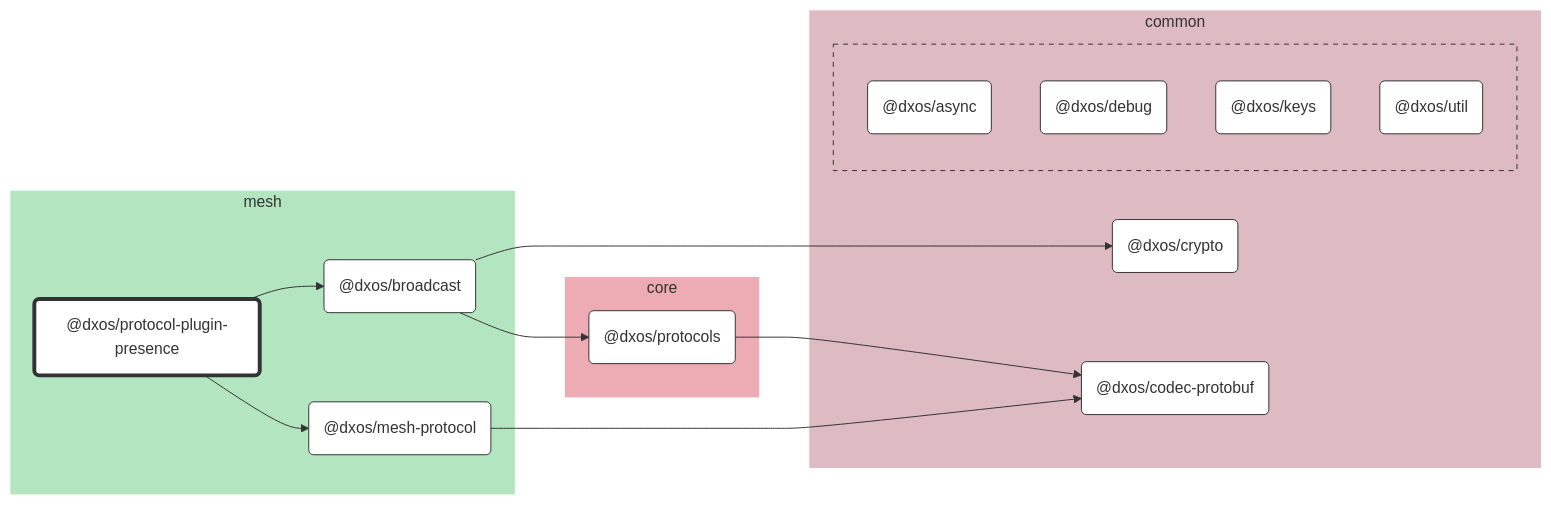
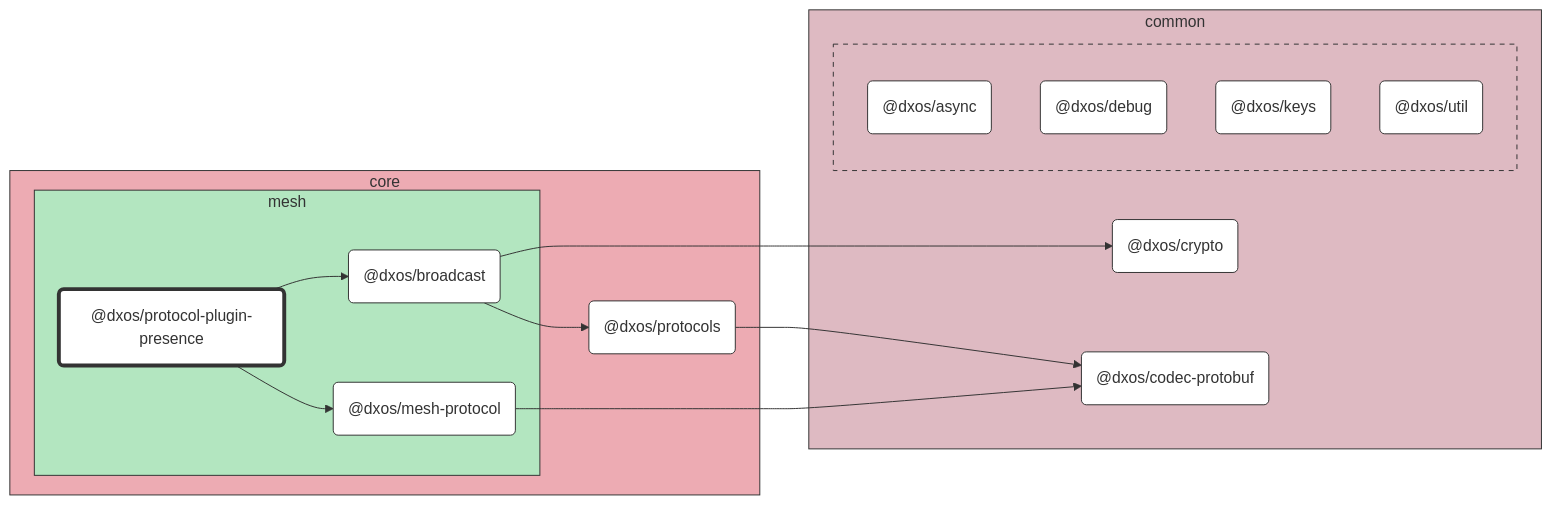
The diagram in packages/core/mesh/protocol-plugin-presence/docs/README.md (dxos/dxos), drawn with Mermaid before and after one commit. The commit also changed 89 other files, not shown here.

````diff
--- a/packages/core/mesh/protocol-plugin-presence/docs/README.md
+++ b/packages/core/mesh/protocol-plugin-presence/docs/README.md
@@ -7,56 +7,56 @@
 ```mermaid
 %%{ init: {'flowchart':{'curve':'basis'}} }%%
 
 flowchart LR
 
 %% Classes
 classDef def fill:#fff,stroke:#333,stroke-width:1px
 classDef root fill:#fff,stroke:#333,stroke-width:4px
 
 %% Nodes
 
-subgraph mesh [mesh]
-  style mesh fill:#b3e6c0,stroke:#fff
-  dxos/protocol-plugin-presence("@dxos/protocol-plugin-presence"):::root
-  click dxos/protocol-plugin-presence "dxos/dxos/tree/main/packages/core/mesh/protocol-plugin-presence/docs"
-  dxos/broadcast("@dxos/broadcast"):::def
-  click dxos/broadcast "dxos/dxos/tree/main/packages/core/mesh/broadcast/docs"
-  dxos/mesh-protocol("@dxos/mesh-protocol"):::def
-  click dxos/mesh-protocol "dxos/dxos/tree/main/packages/core/mesh/mesh-protocol/docs"
+subgraph core [core]
+  style core fill:#edabb3,stroke:#333
+  dxos/protocols("@dxos/protocols"):::def
+  click dxos/protocols "dxos/dxos/tree/main/packages/core/protocols/docs"
+
+  subgraph mesh [mesh]
+    style mesh fill:#b3e6c0,stroke:#333
+    dxos/protocol-plugin-presence("@dxos/protocol-plugin-presence"):::root
+    click dxos/protocol-plugin-presence "dxos/dxos/tree/main/packages/core/mesh/protocol-plugin-presence/docs"
+    dxos/broadcast("@dxos/broadcast"):::def
+    click dxos/broadcast "dxos/dxos/tree/main/packages/core/mesh/broadcast/docs"
+    dxos/mesh-protocol("@dxos/mesh-protocol"):::def
+    click dxos/mesh-protocol "dxos/dxos/tree/main/packages/core/mesh/mesh-protocol/docs"
+  end
 end
 
 subgraph common [common]
-  style common fill:#debac2,stroke:#fff
+  style common fill:#debac2,stroke:#333
   dxos/codec-protobuf("@dxos/codec-protobuf"):::def
   click dxos/codec-protobuf "dxos/dxos/tree/main/packages/common/codec-protobuf/docs"
   dxos/crypto("@dxos/crypto"):::def
   click dxos/crypto "dxos/dxos/tree/main/packages/common/crypto/docs"
 
-  subgraph common-excluded [ ]
-    style common-excluded fill:#debac2,stroke:#333,stroke-dasharray:5 5
+  subgraph _ [ ]
+    style _ fill:#debac2,stroke:#333,stroke-dasharray:5 5
     dxos/async("@dxos/async"):::def
     click dxos/async "dxos/dxos/tree/main/packages/common/async/docs"
     dxos/debug("@dxos/debug"):::def
     click dxos/debug "dxos/dxos/tree/main/packages/common/debug/docs"
     dxos/keys("@dxos/keys"):::def
     click dxos/keys "dxos/dxos/tree/main/packages/common/keys/docs"
     dxos/util("@dxos/util"):::def
     click dxos/util "dxos/dxos/tree/main/packages/common/util/docs"
   end
 end
 
-subgraph core [core]
-  style core fill:#edabb3,stroke:#fff
-  dxos/protocols("@dxos/protocols"):::def
-  click dxos/protocols "dxos/dxos/tree/main/packages/core/protocols/docs"
-end
-
 %% Links
 linkStyle default stroke:#333,stroke-width:1px
 dxos/protocol-plugin-presence --> dxos/broadcast
 dxos/broadcast --> dxos/crypto
 dxos/broadcast --> dxos/protocols
 dxos/protocols --> dxos/codec-protobuf
 dxos/protocol-plugin-presence --> dxos/mesh-protocol
 dxos/mesh-protocol --> dxos/codec-protobuf
 ```
````
